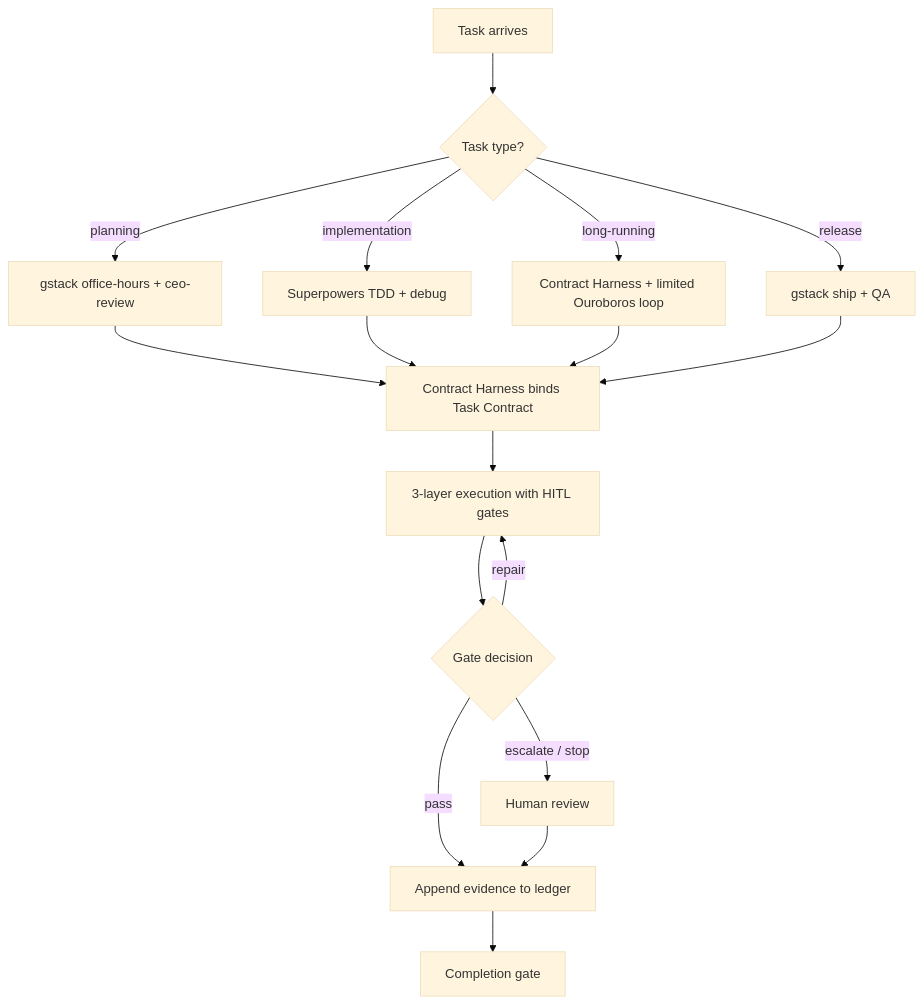
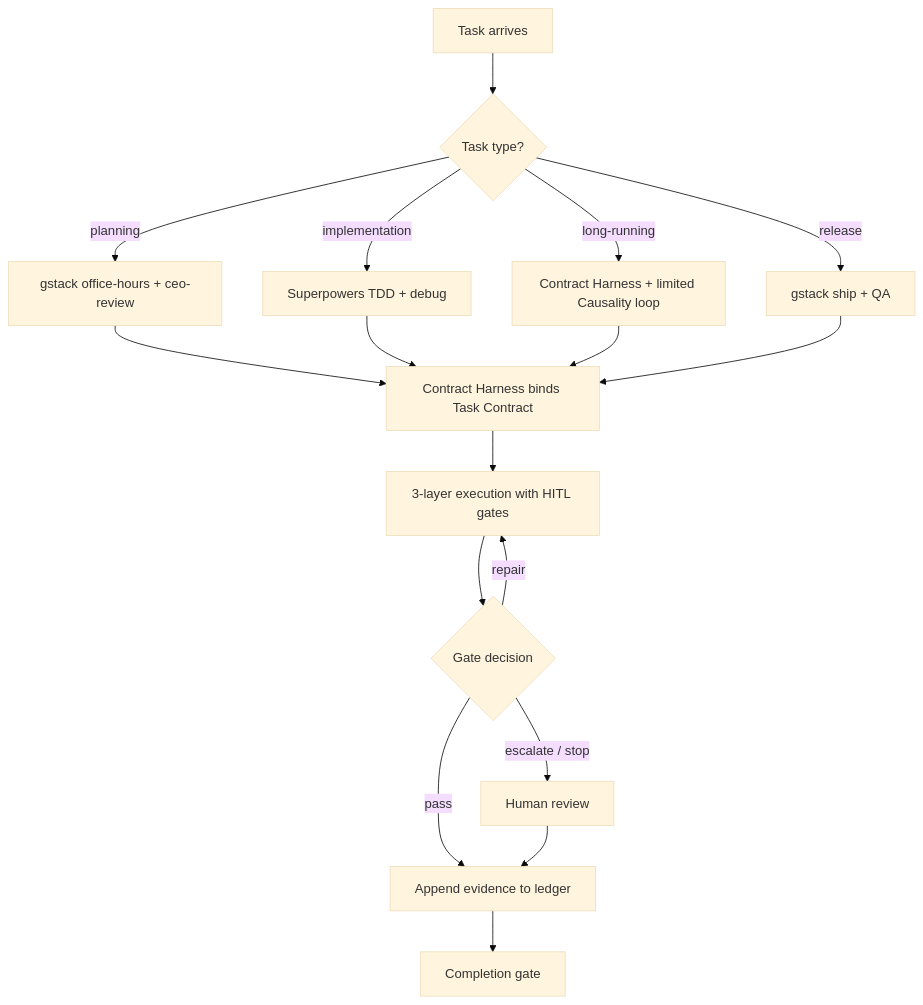
The second of 4 diagrams in README.md (bumstone/Causality), drawn with Mermaid (base theme) before and after one commit. The commit also changed other lines of this file and 45 other files, not shown here.

First line of the commit message:
refactor!: rebrand the project from Ouroboros HITL to Causality

````diff
--- a/README.md
+++ b/README.md
@@ -80,21 +80,21 @@
 ```mermaid
 flowchart TD
     T["Task arrives"] --> R{"Task type?"}
     R -->|planning| P1["gstack office-hours + ceo-review"]
     R -->|implementation| P2["Superpowers TDD + debug"]
-    R -->|long-running| P3["Contract Harness + limited Ouroboros loop"]
+    R -->|long-running| P3["Contract Harness + limited Causality loop"]
     R -->|release| P4["gstack ship + QA"]
 
     P1 --> BIND["Contract Harness binds Task Contract"]
     P2 --> BIND
     P3 --> BIND
     P4 --> BIND
 
     BIND --> EXEC["3-layer execution with HITL gates"]
     EXEC --> G{"Gate decision"}
     G -->|pass| LEDGER["Append evidence to ledger"]
     G -->|repair| EXEC
     G -->|escalate / stop| HUMAN["Human review"]
     HUMAN --> LEDGER
     LEDGER --> DONE["Completion gate"]
 ```
````
